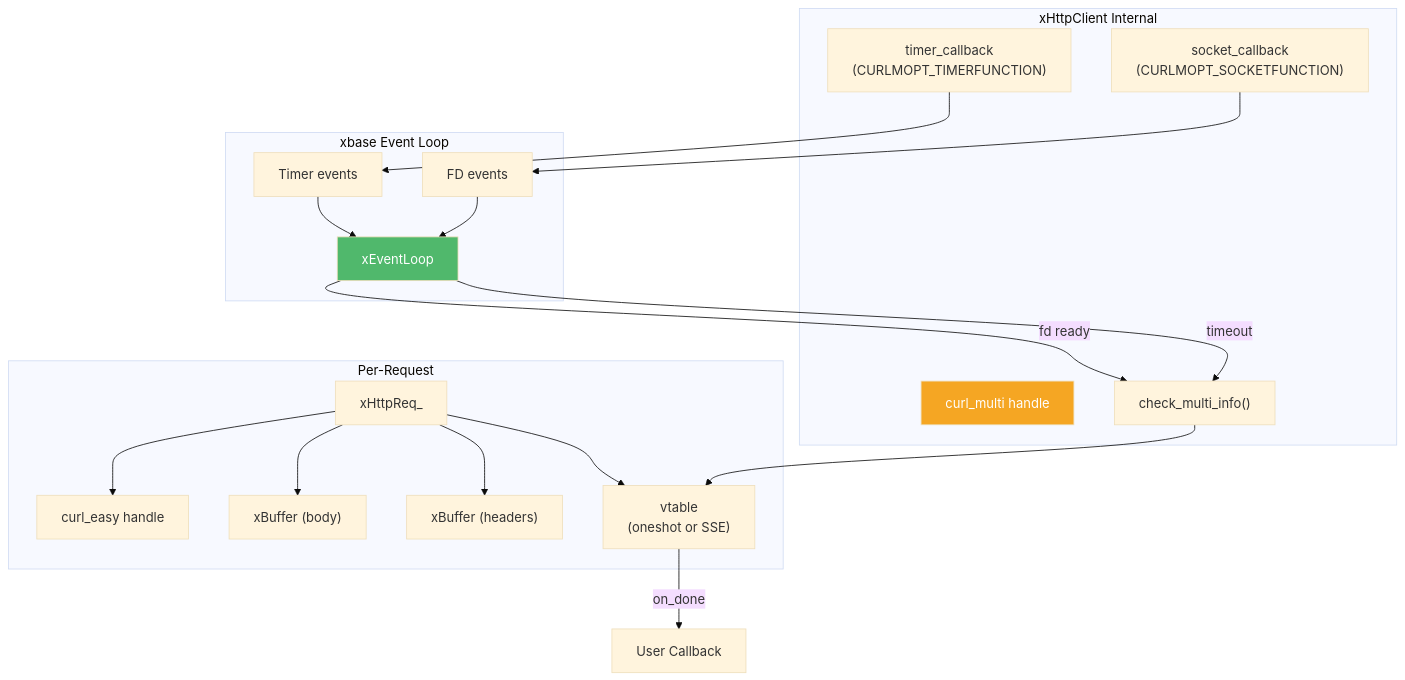
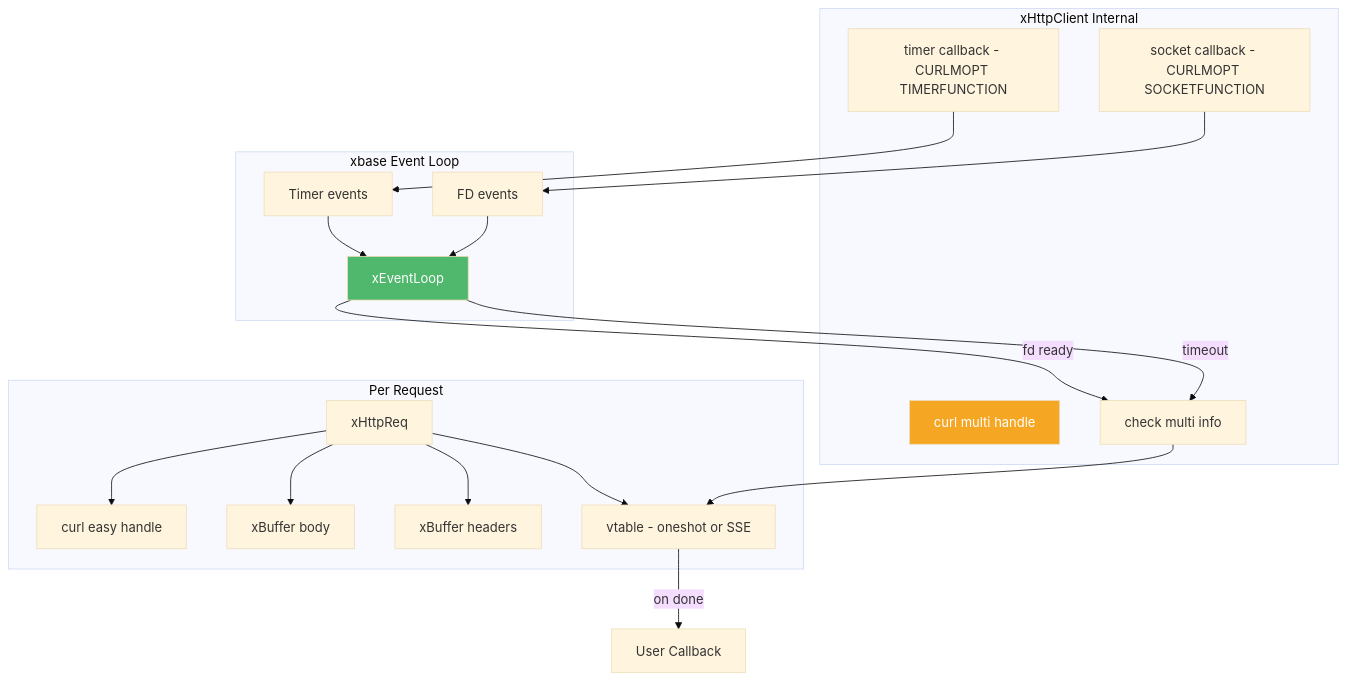
The first of 3 diagrams in docs/xhttp/client.md (mivinci/DownloadKit), drawn with Mermaid (base theme) before and after one commit. The commit also changed other lines of this file and 13 other files, not shown here.

````diff
--- a/docs/xhttp/client.md
+++ b/docs/xhttp/client.md
@@ -19,40 +19,40 @@
 ```mermaid
 graph TD
-    subgraph "xHttpClient Internal"
-        MULTI["curl_multi handle"]
-        TIMER_CB["timer_callback<br/>(CURLMOPT_TIMERFUNCTION)"]
-        SOCKET_CB["socket_callback<br/>(CURLMOPT_SOCKETFUNCTION)"]
-        CHECK["check_multi_info()"]
+    subgraph xHttpClientInternal[xHttpClient Internal]
+        MULTI[curl multi handle]
+        TIMER_CB[timer callback - CURLMOPT TIMERFUNCTION]
+        SOCKET_CB[socket callback - CURLMOPT SOCKETFUNCTION]
+        CHECK[check multi info]
     end
 
-    subgraph "Per-Request"
-        REQ["xHttpReq_"]
-        EASY["curl_easy handle"]
-        BODY["xBuffer (body)"]
-        HDR["xBuffer (headers)"]
-        VT["vtable<br/>(oneshot or SSE)"]
+    subgraph PerRequest[Per Request]
+        REQ[xHttpReq]
+        EASY[curl easy handle]
+        BODY[xBuffer body]
+        HDR[xBuffer headers]
+        VT[vtable - oneshot or SSE]
     end
 
-    subgraph "xbase Event Loop"
-        LOOP["xEventLoop"]
-        FD_EVT["FD events"]
-        TIMER_EVT["Timer events"]
+    subgraph xbaseEventLoop[xbase Event Loop]
+        LOOP[xEventLoop]
+        FD_EVT[FD events]
+        TIMER_EVT[Timer events]
     end
 
     SOCKET_CB --> FD_EVT
     TIMER_CB --> TIMER_EVT
     FD_EVT --> LOOP
     TIMER_EVT --> LOOP
-    LOOP -->|"fd ready"| CHECK
-    LOOP -->|"timeout"| CHECK
+    LOOP -->|fd ready| CHECK
+    LOOP -->|timeout| CHECK
     CHECK --> VT
-    VT -->|"on_done"| APP["User Callback"]
+    VT -->|on done| APP[User Callback]
 
     REQ --> EASY
     REQ --> BODY
     REQ --> HDR
     REQ --> VT
 
     style MULTI fill:#f5a623,color:#fff
     style LOOP fill:#50b86c,color:#fff
 ```
````
